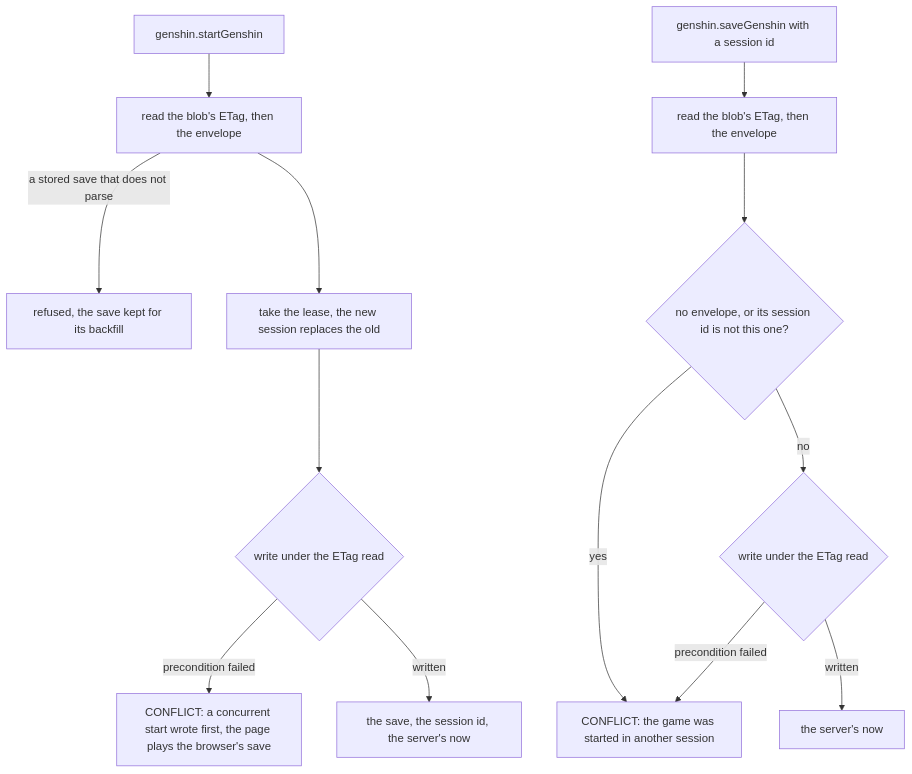
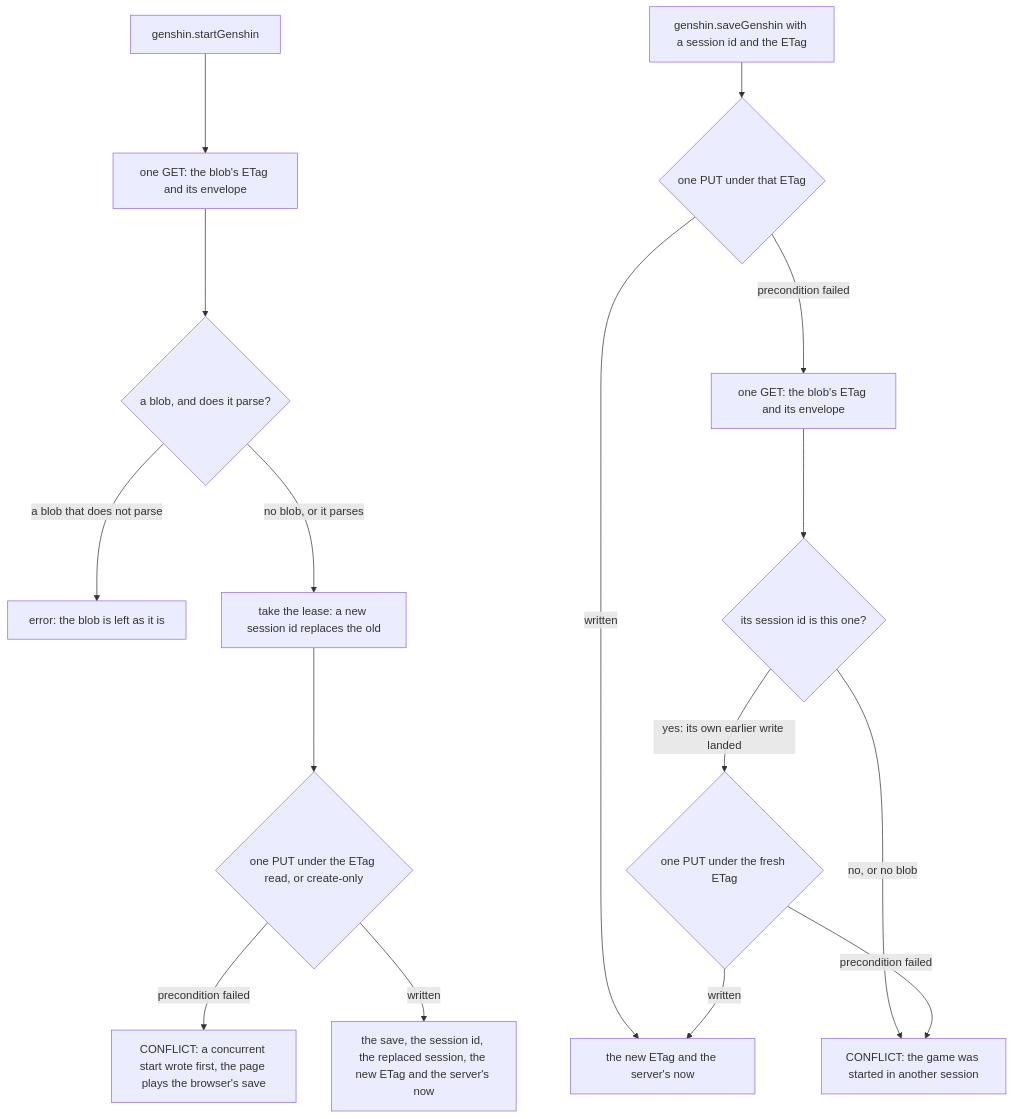
Before and after one commit to Esposter/Esposter: the first of 3 diagrams in apps/web/content/docs/genshin/save-data.md, drawn with Mermaid. The commit also changed other lines of this file and 7 other files, not shown here.

First line of the commit message:
fix(web): a Genshin save that does not parse is an error and is never overwritten, and the lease is one conditional write

````diff
--- a/apps/web/content/docs/genshin/save-data.md
+++ b/apps/web/content/docs/genshin/save-data.md
@@ -12,15 +12,18 @@
 ```mermaid
 flowchart TD
-  S["genshin.startGenshin"] --> R["read the blob's ETag, then the envelope"]
-  R -->|"a stored save that does not parse"| F["refused, the save kept for its backfill"]
-  R --> L["take the lease, the new session replaces the old"]
-  L --> W1{"write under the ETag read"}
+  S["genshin.startGenshin"] --> R["one GET: the blob's ETag and its envelope"]
+  R --> P{"a blob, and does it parse?"}
+  P -->|"a blob that does not parse"| X0["error: the blob is left as it is"]
+  P -->|"no blob, or it parses"| L["take the lease: a new session id replaces the old"]
+  L --> W1{"one PUT under the ETag read, or create-only"}
   W1 -->|"precondition failed"| X["CONFLICT: a concurrent start wrote first, the page plays the browser's save"]
-  W1 -->|"written"| O["the save, the session id, the server's now"]
-  V["genshin.saveGenshin with a session id"] --> R2["read the blob's ETag, then the envelope"]
-  R2 --> C{"no envelope, or its session id is not this one?"}
-  C -->|"yes"| E["CONFLICT: the game was started in another session"]
-  C -->|"no"| W2{"write under the ETag read"}
-  W2 -->|"precondition failed"| E
-  W2 -->|"written"| N["the server's now"]
+  W1 -->|"written"| O["the save, the session id, the replaced session, the new ETag and the server's now"]
+  V["genshin.saveGenshin with a session id and the ETag"] --> W2{"one PUT under that ETag"}
+  W2 -->|"written"| N["the new ETag and the server's now"]
+  W2 -->|"precondition failed"| R2["one GET: the blob's ETag and its envelope"]
+  R2 --> C{"its session id is this one?"}
+  C -->|"no, or no blob"| E["CONFLICT: the game was started in another session"]
+  C -->|"yes: its own earlier write landed"| W3{"one PUT under the fresh ETag"}
+  W3 -->|"precondition failed"| E
+  W3 -->|"written"| N
 ```
````
